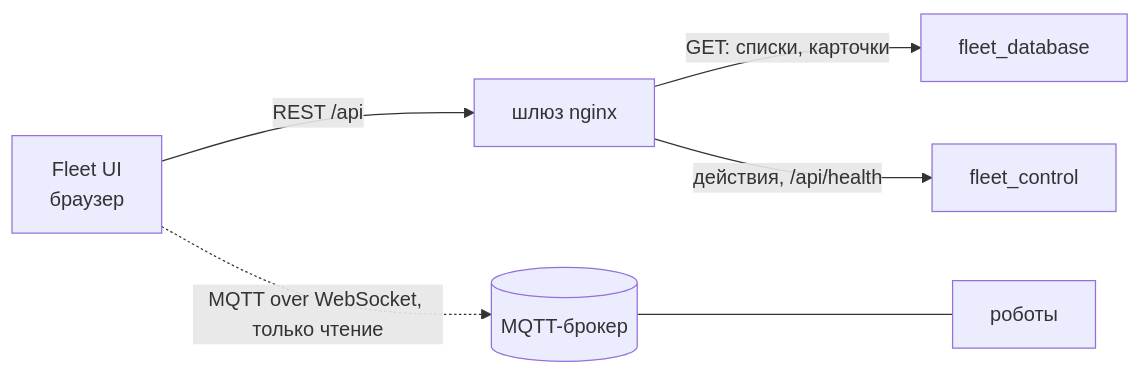
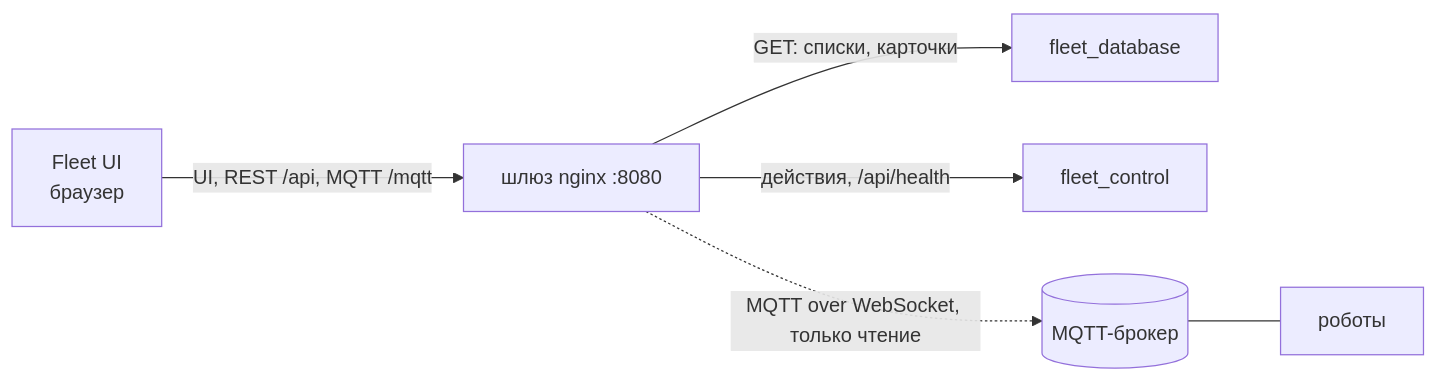
One commit to semyon23/fleet-manager-ui changed the diagram in README.md. Above: the diagram before and after it, drawn with Mermaid. The commit also changed other lines of this file and 14 other files, not shown here.

````diff
--- a/README.md
+++ b/README.md
@@ -19,8 +20,8 @@
 ```mermaid
 flowchart LR
-    ui[Fleet UI<br/>браузер] -- "REST /api" --> gw[шлюз nginx]
+    ui[Fleet UI<br/>браузер] -- "UI, REST /api, MQTT /mqtt" --> gw[шлюз nginx :8080]
     gw -- "GET: списки, карточки" --> db[fleet_database]
     gw -- "действия, /api/health" --> control[fleet_control]
-    ui -. "MQTT over WebSocket, только чтение" .-> broker[(MQTT-брокер)]
+    gw -. "MQTT over WebSocket, только чтение" .-> broker[(MQTT-брокер)]
     broker --- robots[роботы]
 ```
````
